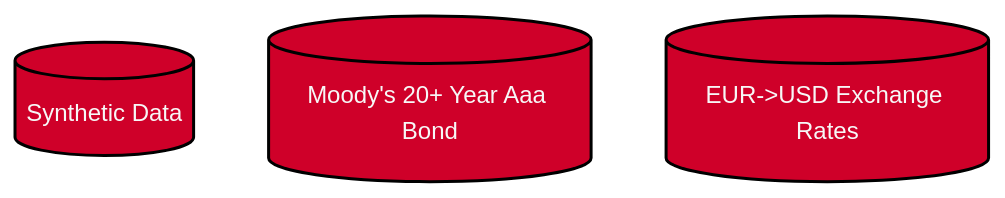
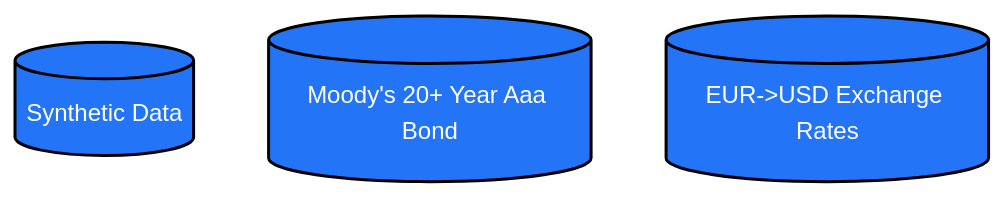
Before and after one commit to acatlin/mermaid: the first of 4 diagrams in labels_blue.md, drawn with Mermaid. The commit also changed other lines of this file, not shown here.

First line of the commit message:
Update labels_blue.md

````diff
--- a/labels_blue.md
+++ b/labels_blue.md
@@ -1,19 +1,19 @@
 ```mermaid
 
 graph TD
 
   %% Colors %%
   classDef blue fill:#2374f7,stroke:#000,stroke-width:2px,color:#fff
   classDef orange fill:#fc822b,stroke:#000,stroke-width:2px,color:#fff
   classDef green fill:#16b552,stroke:#000,stroke-width:2px,color:#fff
   classDef red fill:#ed2633,stroke:#000,stroke-width:2px,color:#fff
   classDef magenta fill:magenta,stroke:#000,stroke-width:2px,color:#fff
   classDef s_p fill:#cf0029,stroke:#000,stroke-width:2px,color:#f7f7f7
 
   
 
-  A1[(Synthetic Data)]:::s_p
-  B1[(Moody's 20+ Year Aaa Bond)]:::s_p
-  C1[(EUR->USD Exchange Rates)]:::s_p
+  A1[(Synthetic Data)]:::blue
+  B1[(Moody's 20+ Year Aaa Bond)]:::blue
+  C1[(EUR->USD Exchange Rates)]:::blue
 
 ```
````
